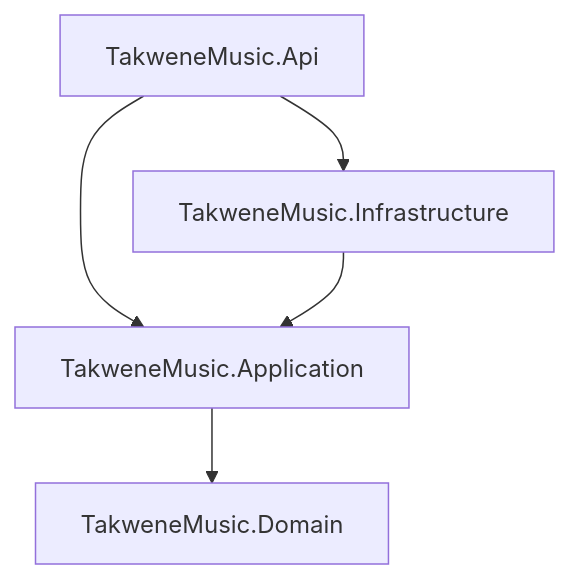
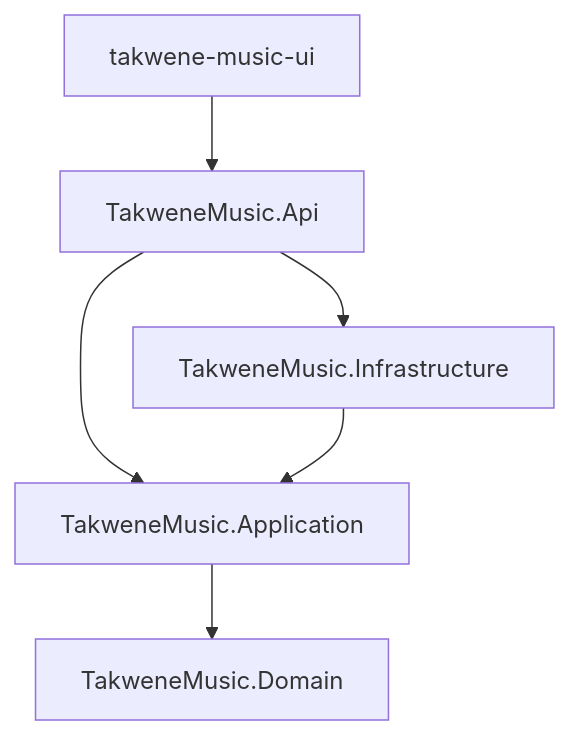
Before and after one commit to AhmedAbdo1612/TakweneMusic: the diagram in README.md, drawn with Mermaid. The commit also changed other lines of this file and 25 other files, not shown here.

````diff
--- a/README.md
+++ b/README.md
@@ -25,7 +11,8 @@
 ```mermaid
 graph TD
-    Api[TakweneMusic.Api] --> Application[TakweneMusic.Application]
+    UI[takwene-music-ui] --> Api[TakweneMusic.Api]
+    Api --> Application[TakweneMusic.Application]
     Api --> Infrastructure[TakweneMusic.Infrastructure]
     Infrastructure --> Application
     Application --> Domain[TakweneMusic.Domain]
 ```
````
